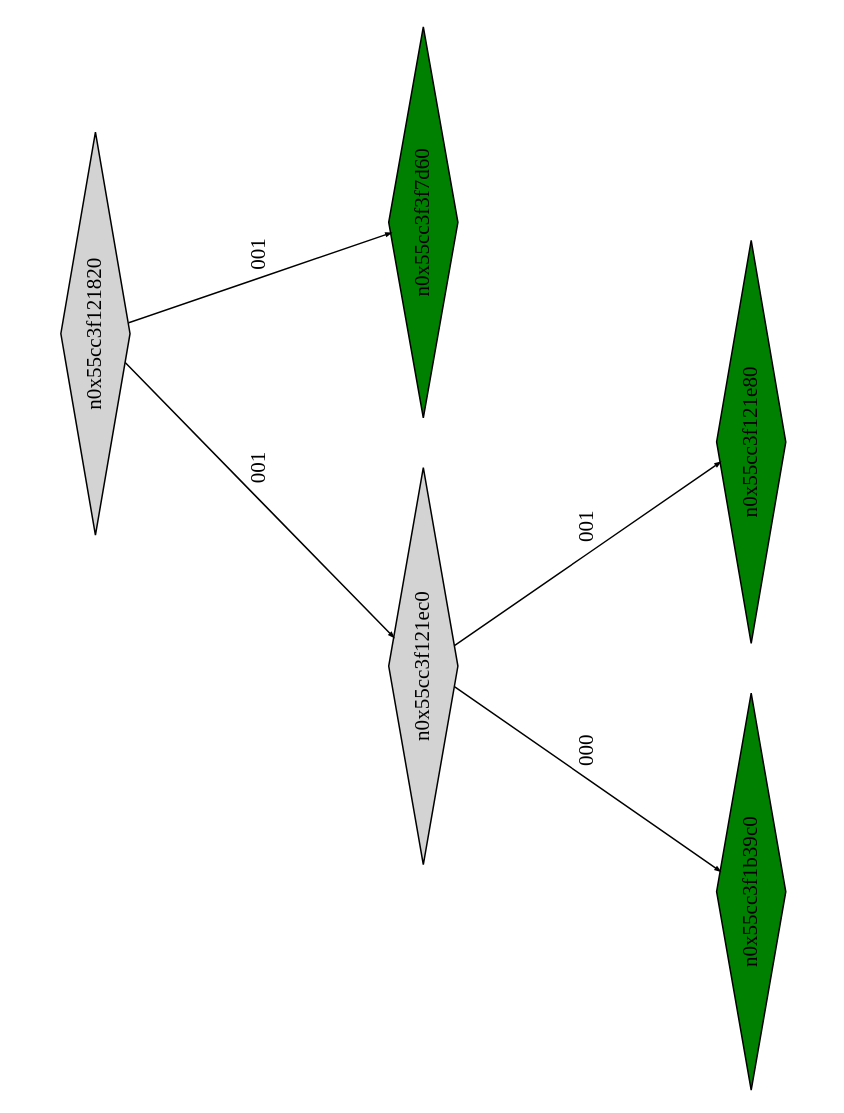
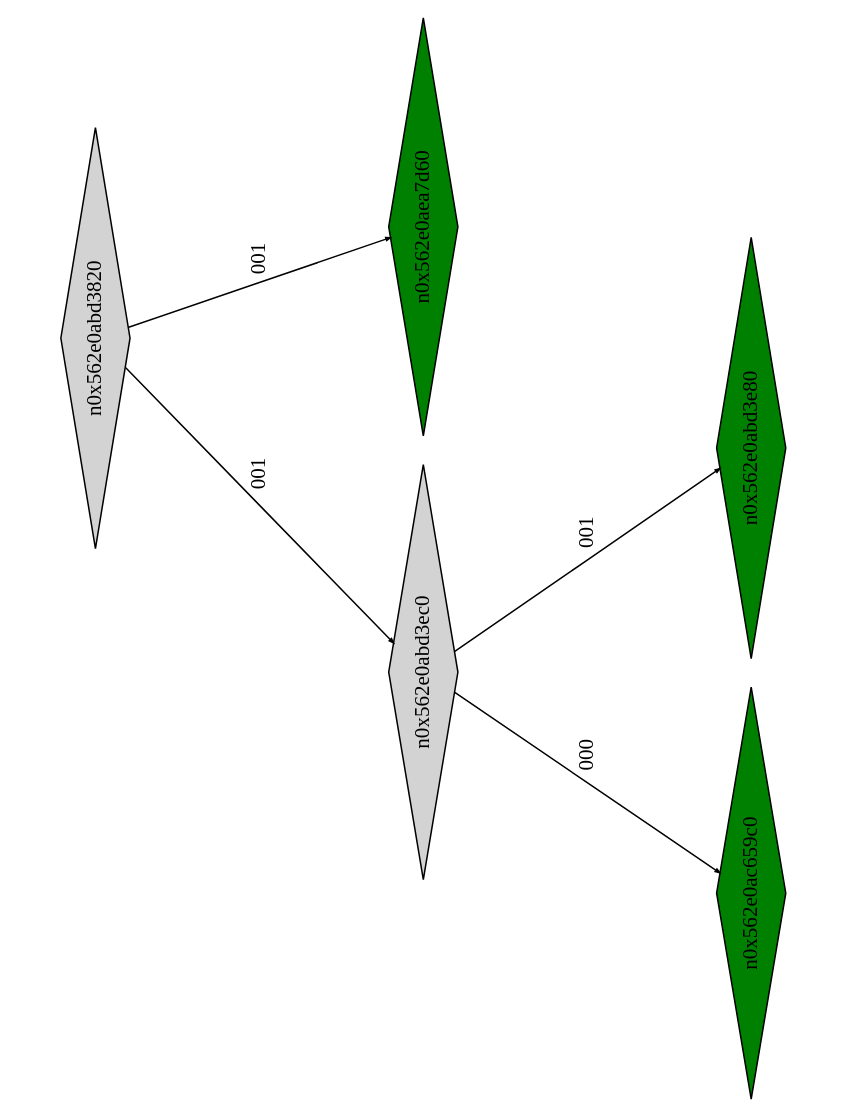
The diagram in example2_klee_out/ptree_00000123.dot (Research-Tools-PAVT/PSE-Program-Examples), drawn with Graphviz before and after one commit. The commit also changed 38 other files, not shown here.

```diff
--- a/example2_klee_out/ptree_00000123.dot
+++ b/example2_klee_out/ptree_00000123.dot
@@ -1,17 +1,17 @@
 digraph G {
 	size="10,7.5";
 	ratio=fill;
 	rotate=90;
 	center = "true";
 	node [style="filled",width=.1,height=.1,fontname="Terminus"]
 	edge [arrowsize=.3]
-	n0x55cc3f121820 [shape=diamond];
-	n0x55cc3f121820 -> n0x55cc3f121ec0 [label=001];
-	n0x55cc3f121820 -> n0x55cc3f3f7d60 [label=001];
-	n0x55cc3f3f7d60 [shape=diamond,fillcolor=green];
-	n0x55cc3f121ec0 [shape=diamond];
-	n0x55cc3f121ec0 -> n0x55cc3f1b39c0 [label=000];
-	n0x55cc3f121ec0 -> n0x55cc3f121e80 [label=001];
-	n0x55cc3f121e80 [shape=diamond,fillcolor=green];
-	n0x55cc3f1b39c0 [shape=diamond,fillcolor=green];
+	n0x562e0abd3820 [shape=diamond];
+	n0x562e0abd3820 -> n0x562e0abd3ec0 [label=001];
+	n0x562e0abd3820 -> n0x562e0aea7d60 [label=001];
+	n0x562e0aea7d60 [shape=diamond,fillcolor=green];
+	n0x562e0abd3ec0 [shape=diamond];
+	n0x562e0abd3ec0 -> n0x562e0ac659c0 [label=000];
+	n0x562e0abd3ec0 -> n0x562e0abd3e80 [label=001];
+	n0x562e0abd3e80 [shape=diamond,fillcolor=green];
+	n0x562e0ac659c0 [shape=diamond,fillcolor=green];
 }
```
